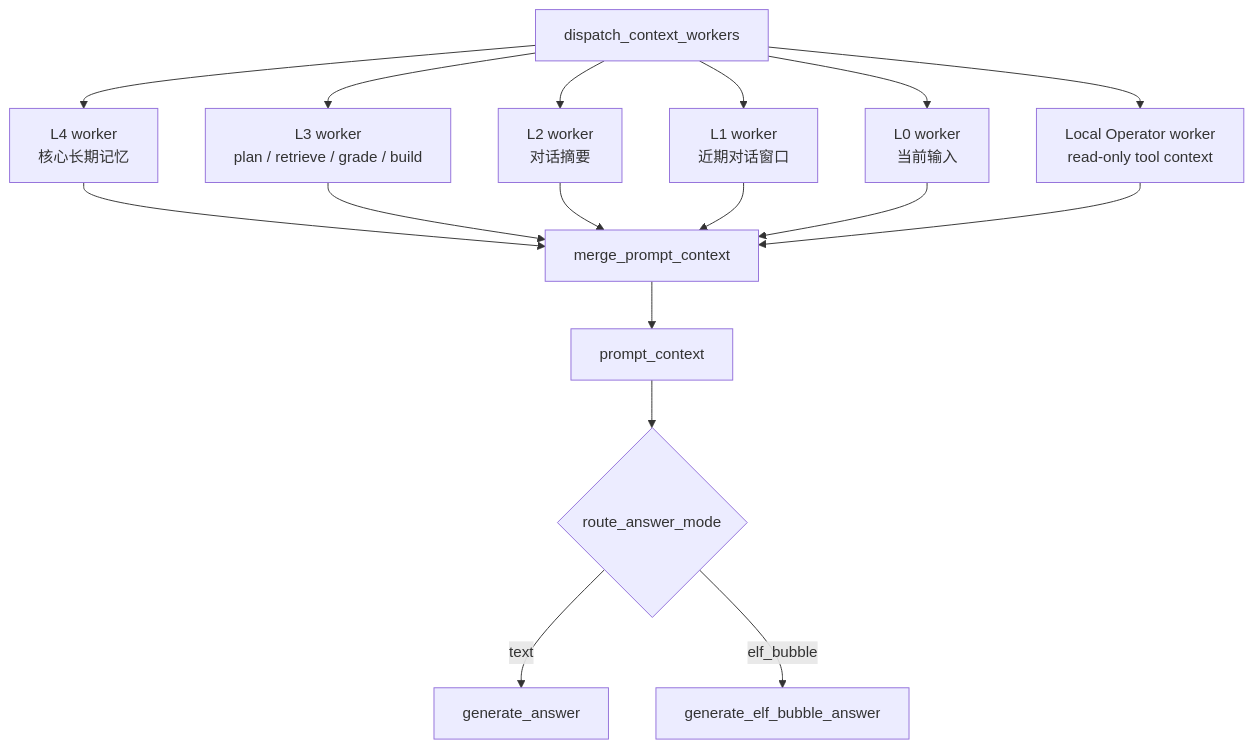
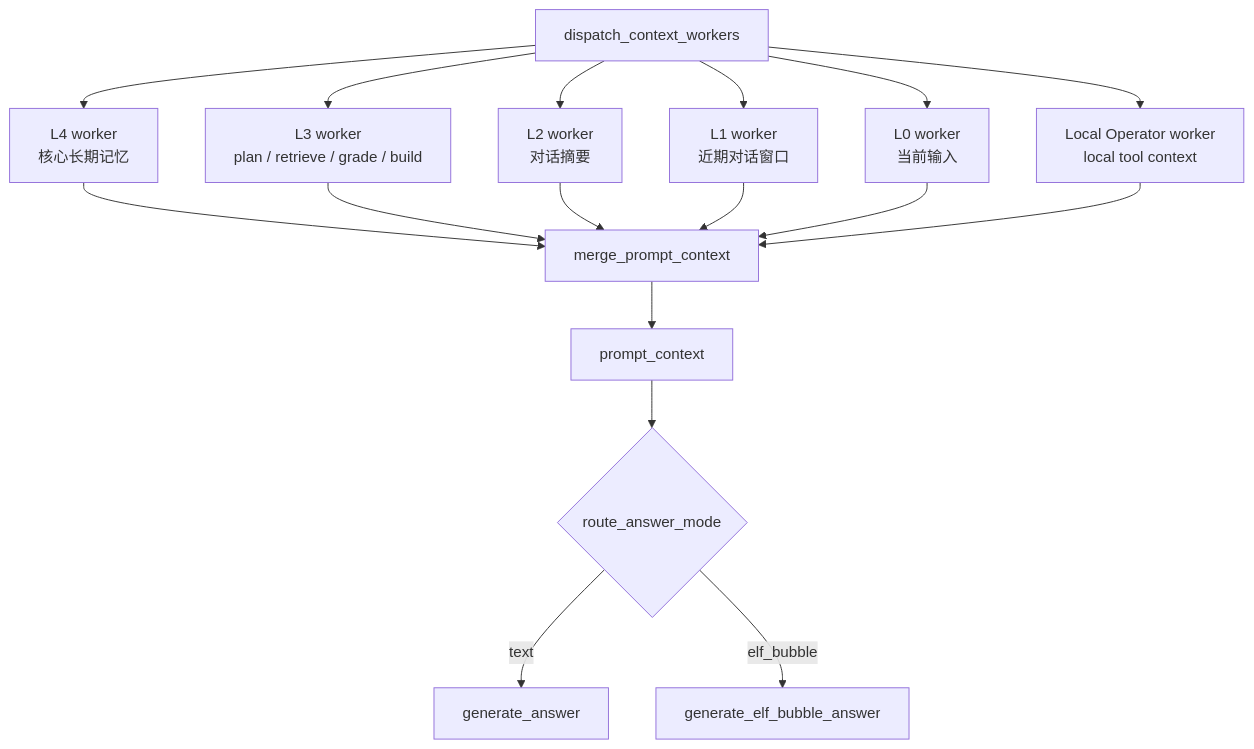
Before and after one commit to LiuJiaxuan1024/AiMemo: the second of 6 diagrams in docs/agent/memory-chat-graph.md, drawn with Mermaid. The commit also changed other lines of this file and 59 other files, not shown here.

````diff
--- a/docs/agent/memory-chat-graph.md
+++ b/docs/agent/memory-chat-graph.md
@@ -376,21 +376,21 @@
 ```mermaid
 flowchart TD
     Dispatch[dispatch_context_workers] --> L4[L4 worker<br/>核心长期记忆]
     Dispatch --> L3[L3 worker<br/>plan / retrieve / grade / build]
     Dispatch --> L2[L2 worker<br/>对话摘要]
     Dispatch --> L1[L1 worker<br/>近期对话窗口]
     Dispatch --> L0[L0 worker<br/>当前输入]
-    Dispatch --> LocalOperator[Local Operator worker<br/>read-only tool context]
+    Dispatch --> LocalOperator[Local Operator worker<br/>local tool context]
 
     L4 --> Merge[merge_prompt_context]
     L3 --> Merge
     L2 --> Merge
     L1 --> Merge
     L0 --> Merge
     LocalOperator --> Merge
 
     Merge --> Prompt[prompt_context]
     Prompt --> RouteAnswer{route_answer_mode}
     RouteAnswer -->|text| Generate[generate_answer]
     RouteAnswer -->|elf_bubble| BubbleGenerate[generate_elf_bubble_answer]
 ```
````
